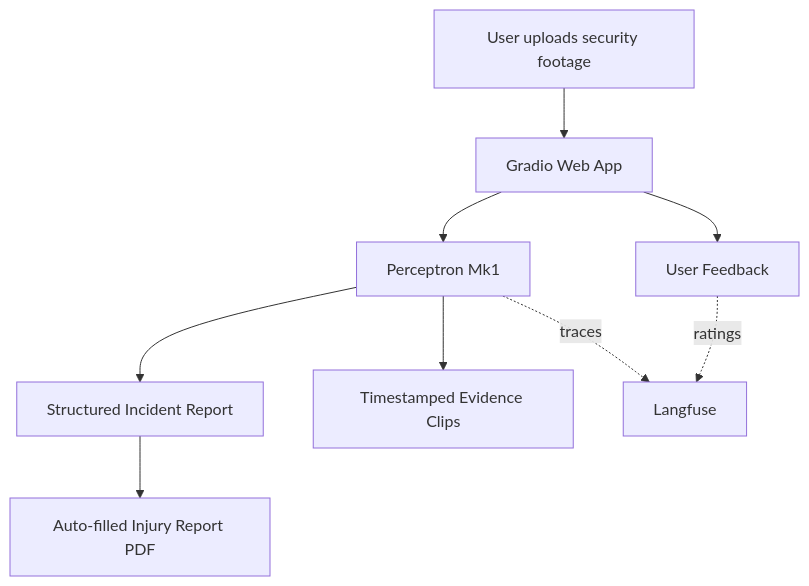
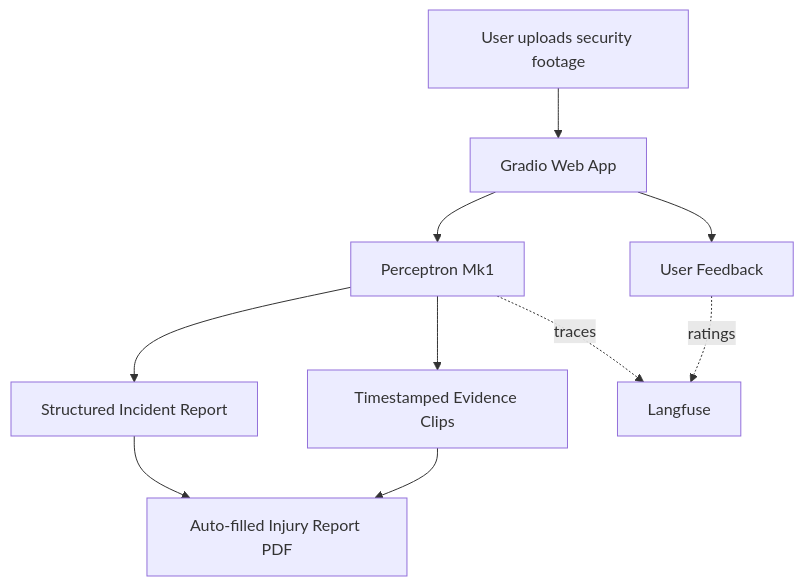
Before and after one commit to aanikaatluri/perceptron: the first of 2 diagrams in OVERVIEW.md, drawn with Mermaid.

````diff
--- a/OVERVIEW.md
+++ b/OVERVIEW.md
@@ -44,19 +44,20 @@
 ```mermaid
 graph TD
     U["User uploads security footage"]
     UI["Gradio Web App"]
 
     U --> UI
 
     UI --> API["Perceptron Mk1"]
 
     API --> Report["Structured Incident Report"]
     API --> Clips["Timestamped Evidence Clips"]
 
     Report --> PDF["Auto-filled Injury Report PDF"]
+    Clips --> PDF
 
     UI --> FB["User Feedback"]
 
     API -. "traces" .-> LF["Langfuse"]
     FB -. "ratings" .-> LF
 ```
````
